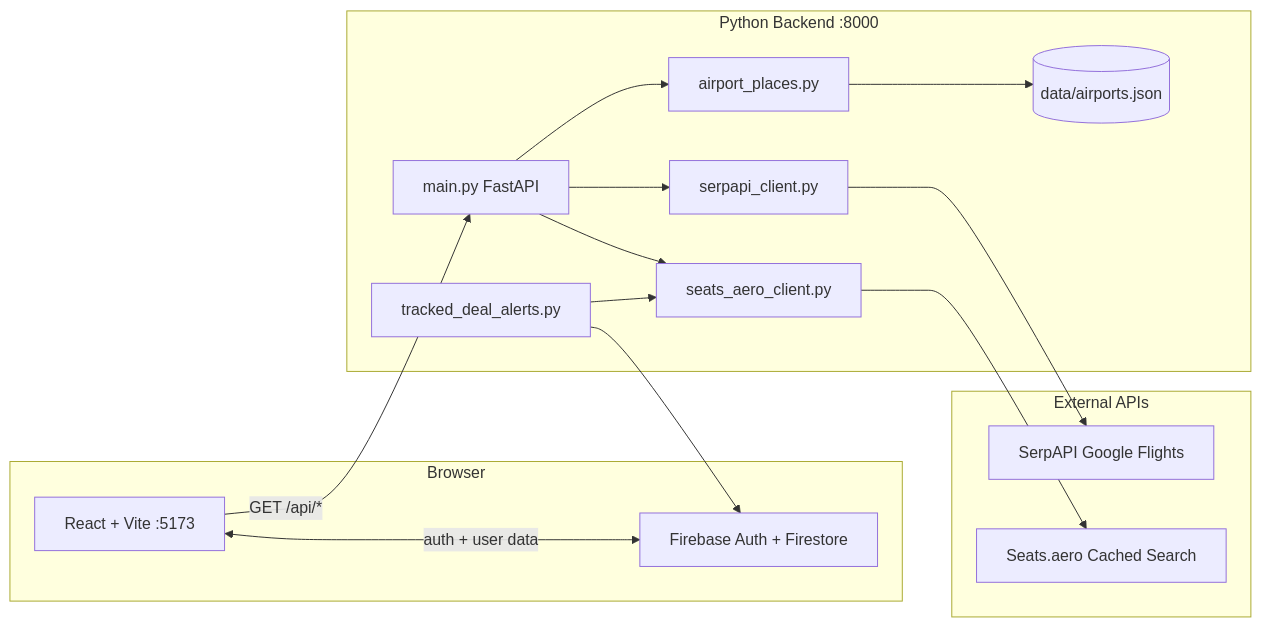
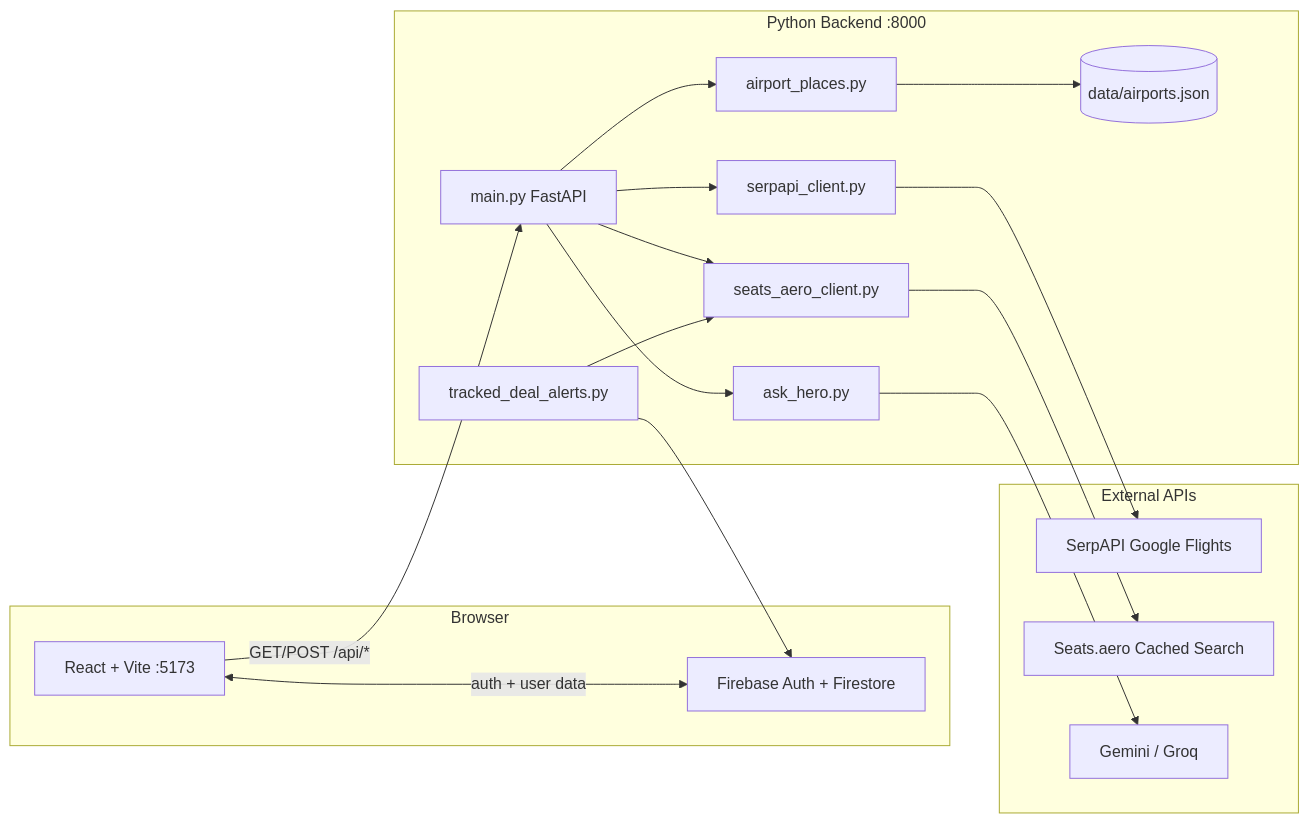
One commit to paul-mart/flighthero changed the diagram in README.md. Above: the diagram before and after it, drawn with Mermaid. The commit also changed other lines of this file, not shown here.

````diff
--- a/README.md
+++ b/README.md
@@ -41,32 +52,36 @@
 ```mermaid
 flowchart LR
   subgraph browser [Browser]
     UI[React + Vite :5173]
     FB[Firebase Auth + Firestore]
   end
 
   subgraph backend [Python Backend :8000]
     API[main.py FastAPI]
     Places[airport_places.py]
     Cash[serpapi_client.py]
     Awards[seats_aero_client.py]
+    Hero[ask_hero.py]
     Alerts[tracked_deal_alerts.py]
     Data[(data/airports.json)]
   end
 
   subgraph external [External APIs]
     SerpAPI[SerpAPI Google Flights]
     SeatsAero[Seats.aero Cached Search]
+    Gemini[Gemini / Groq]
   end
 
-  UI -->|GET /api/*| API
+  UI -->|GET/POST /api/*| API
   UI <-->|auth + user data| FB
   API --> Places
   Places --> Data
   API --> Cash
   API --> Awards
+  API --> Hero
   Cash --> SerpAPI
   Awards --> SeatsAero
+  Hero --> Gemini
   Alerts --> FB
   Alerts --> Awards
 ```
````
